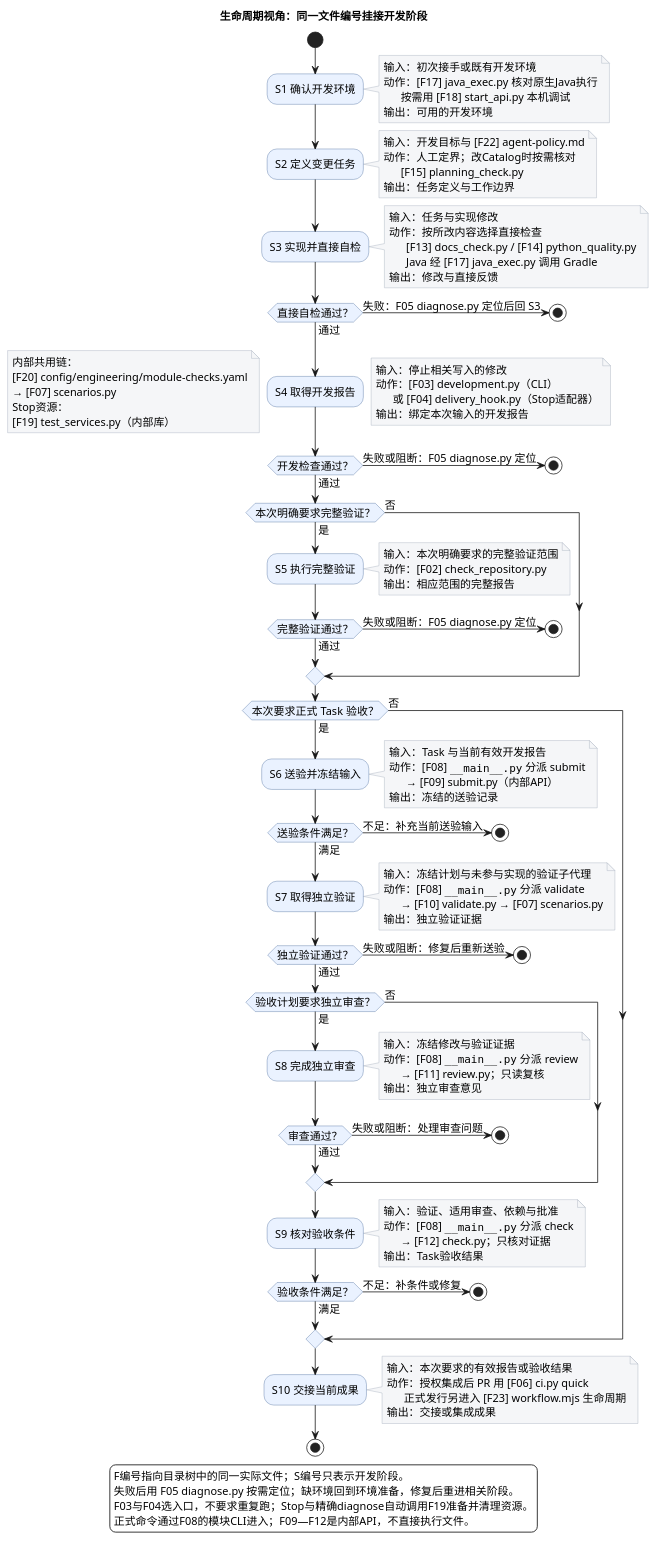
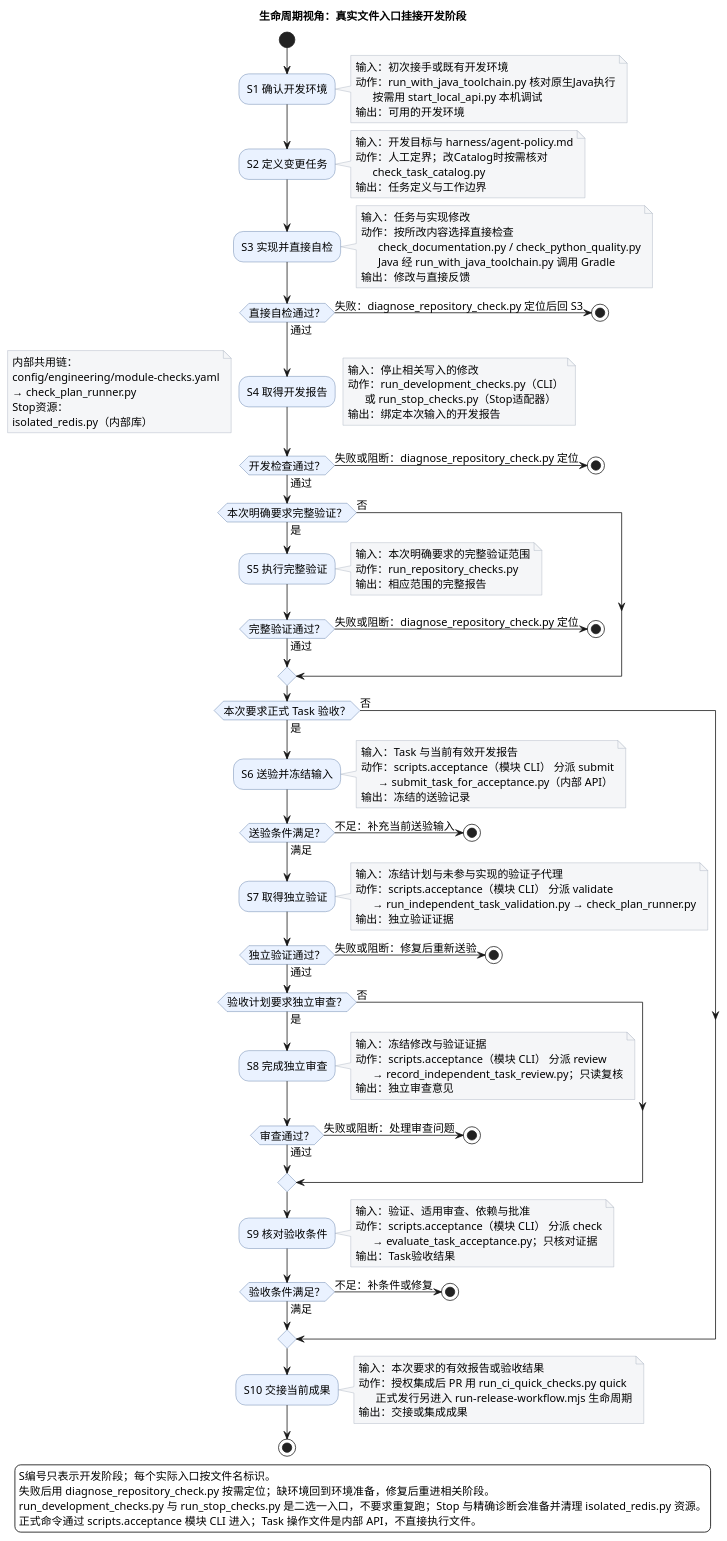
Before and after one commit to iampkuhz/lexiflow: the second of 2 diagrams in docs/system/engineering.md, drawn with PlantUML. The commit also changed other lines of this file and 13 other files, not shown here.

````diff
--- a/docs/system/engineering.md
+++ b/docs/system/engineering.md
@@ -94,61 +95,61 @@
 skinparam activityBorderColor #46699A
 skinparam noteBackgroundColor #F5F6F8
 skinparam noteBorderColor #A0AAB8
-title 生命周期视角：同一文件编号挂接开发阶段
+title 生命周期视角：真实文件入口挂接开发阶段
 start
 :S1 确认开发环境;
 note right
 输入：初次接手或既有开发环境
-动作：[F17] java_exec.py 核对原生Java执行
-      按需用 [F18] start_api.py 本机调试
+动作：run_with_java_toolchain.py 核对原生Java执行
+      按需用 start_local_api.py 本机调试
 输出：可用的开发环境
 end note
 :S2 定义变更任务;
 note right
-输入：开发目标与 [F22] agent-policy.md
+输入：开发目标与 harness/agent-policy.md
 动作：人工定界；改Catalog时按需核对
-      [F15] planning_check.py
+      check_task_catalog.py
 输出：任务定义与工作边界
 end note
 :S3 实现并直接自检;
 note right
 输入：任务与实现修改
 动作：按所改内容选择直接检查
-      [F13] docs_check.py / [F14] python_quality.py
-      Java 经 [F17] java_exec.py 调用 Gradle
+      check_documentation.py / check_python_quality.py
+      Java 经 run_with_java_toolchain.py 调用 Gradle
 输出：修改与直接反馈
 end note
 if (直接自检通过？) then (通过)
-else (失败：F05 diagnose.py 定位后回 S3)
+else (失败：diagnose_repository_check.py 定位后回 S3)
 stop
 endif
 :S4 取得开发报告;
 note right
 输入：停止相关写入的修改
-动作：[F03] development.py（CLI）
-      或 [F04] delivery_hook.py（Stop适配器）
+动作：run_development_checks.py（CLI）
+      或 run_stop_checks.py（Stop适配器）
 输出：绑定本次输入的开发报告
 end note
 note left
 内部共用链：
-[F20] config/engineering/module-checks.yaml
-→ [F07] scenarios.py
+config/engineering/module-checks.yaml
+→ check_plan_runner.py
 Stop资源：
-[F19] test_services.py（内部库）
+isolated_redis.py（内部库）
 end note
 if (开发检查通过？) then (通过)
-else (失败或阻断：F05 diagnose.py 定位)
+else (失败或阻断：diagnose_repository_check.py 定位)
 stop
 endif
 if (本次明确要求完整验证？) then (是)
 :S5 执行完整验证;
 note right
 输入：本次明确要求的完整验证范围
-动作：[F02] check_repository.py
+动作：run_repository_checks.py
 输出：相应范围的完整报告
 end note
 if (完整验证通过？) then (通过)
-else (失败或阻断：F05 diagnose.py 定位)
+else (失败或阻断：diagnose_repository_check.py 定位)
 stop
 endif
 else (否)
@@ -157,8 +158,8 @@
 :S6 送验并冻结输入;
 note right
 输入：Task 与当前有效开发报告
-动作：[F08] ""~_~_main~_~_.py"" 分派 submit
-      → [F09] submit.py（内部API）
+动作：scripts.acceptance（模块 CLI） 分派 submit
+      → submit_task_for_acceptance.py（内部 API）
 输出：冻结的送验记录
 end note
 if (送验条件满足？) then (满足)
@@ -168,8 +169,8 @@
 :S7 取得独立验证;
 note right
 输入：冻结计划与未参与实现的验证子代理
-动作：[F08] ""~_~_main~_~_.py"" 分派 validate
-      → [F10] validate.py → [F07] scenarios.py
+动作：scripts.acceptance（模块 CLI） 分派 validate
+      → run_independent_task_validation.py → check_plan_runner.py
 输出：独立验证证据
 end note
 if (独立验证通过？) then (通过)
@@ -180,8 +181,8 @@
 :S8 完成独立审查;
 note right
 输入：冻结修改与验证证据
-动作：[F08] ""~_~_main~_~_.py"" 分派 review
-      → [F11] review.py；只读复核
+动作：scripts.acceptance（模块 CLI） 分派 review
+      → record_independent_task_review.py；只读复核
 输出：独立审查意见
 end note
 if (审查通过？) then (通过)
@@ -193,8 +194,8 @@
 :S9 核对验收条件;
 note right
 输入：验证、适用审查、依赖与批准
-动作：[F08] ""~_~_main~_~_.py"" 分派 check
-      → [F12] check.py；只核对证据
+动作：scripts.acceptance（模块 CLI） 分派 check
+      → evaluate_task_acceptance.py；只核对证据
 输出：Task验收结果
 end note
 if (验收条件满足？) then (满足)
@@ -206,16 +207,16 @@
 :S10 交接当前成果;
 note right
 输入：本次要求的有效报告或验收结果
-动作：授权集成后 PR 用 [F06] ci.py quick
-      正式发行另进入 [F23] workflow.mjs 生命周期
+动作：授权集成后 PR 用 run_ci_quick_checks.py quick
+      正式发行另进入 run-release-workflow.mjs 生命周期
 输出：交接或集成成果
 end note
 stop
 legend bottom
-F编号指向目录树中的同一实际文件；S编号只表示开发阶段。
-失败后用 F05 diagnose.py 按需定位；缺环境回到环境准备，修复后重进相关阶段。
-F03与F04选入口，不要求重复跑；Stop与精确diagnose自动调用F19准备并清理资源。
-正式命令通过F08的模块CLI进入；F09—F12是内部API，不直接执行文件。
+S编号只表示开发阶段；每个实际入口按文件名标识。
+失败后用 diagnose_repository_check.py 按需定位；缺环境回到环境准备，修复后重进相关阶段。
+run_development_checks.py 与 run_stop_checks.py 是二选一入口，不要求重复跑；Stop 与精确诊断会准备并清理 isolated_redis.py 资源。
+正式命令通过 scripts.acceptance 模块 CLI 进入；Task 操作文件是内部 API，不直接执行文件。
 endlegend
 @enduml
 ```
````
